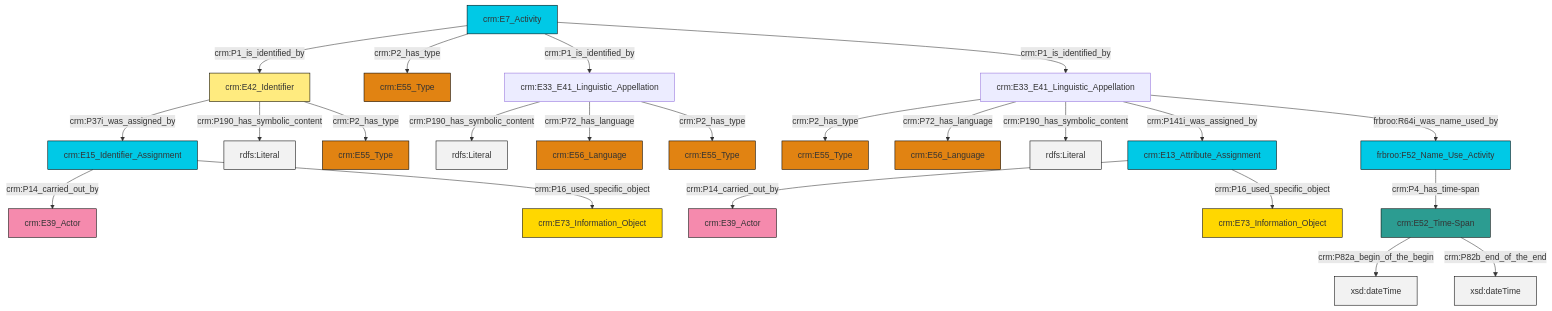
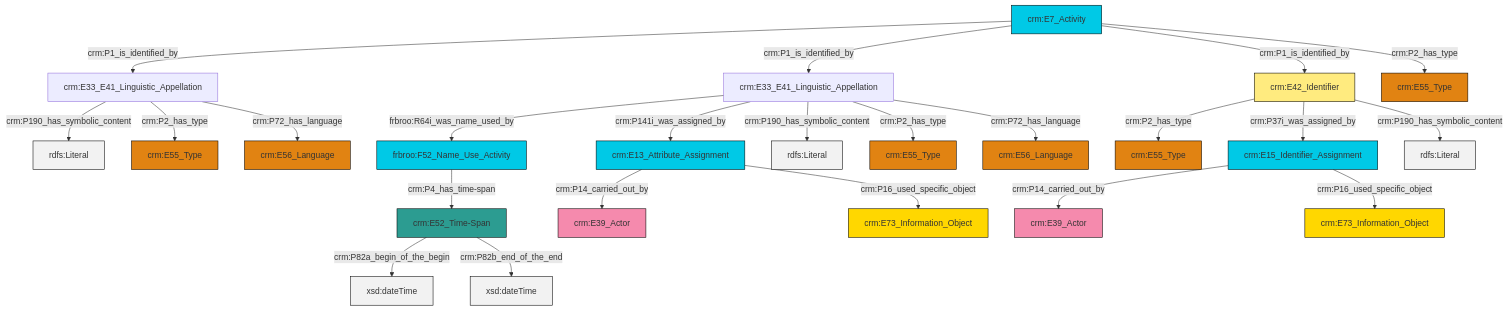
The diagram in et/eventCSV/ttl/mmd/event_name.ttl.mmd (swiss-art-research-net/reference-data-models), drawn with Mermaid before and after one commit. The commit also changed 123 other files, not shown here.

```diff
--- a/et/eventCSV/ttl/mmd/event_name.ttl.mmd
+++ b/et/eventCSV/ttl/mmd/event_name.ttl.mmd
@@ -1,37 +1,37 @@
 graph TD
 classDef Literal fill:#f2f2f2,stroke:#000000;
 classDef CRM_Entity fill:#FFFFFF,stroke:#000000;
 classDef Temporal_Entity fill:#00C9E6, stroke:#000000;
 classDef Type fill:#E18312, stroke:#000000;
 classDef Time-Span fill:#2C9C91, stroke:#000000;
 classDef Appellation fill:#FFEB7F, stroke:#000000;
 classDef Place fill:#008836, stroke:#000000;
 classDef Persistent_Item fill:#B266B2, stroke:#000000;
 classDef Conceptual_Object fill:#FFD700, stroke:#000000;
 classDef Physical_Thing fill:#D2B48C, stroke:#000000;
 classDef Actor fill:#f58aad, stroke:#000000;
 classDef PC_Classes fill:#4ce600, stroke:#000000;
 classDef Multi fill:#cccccc,stroke:#000000;
 
-0["crm:E33_E41_Linguistic_Appellation"]:::Default -->|crm:P190_has_symbolic_content| 1[rdfs:Literal]:::Literal
-2["crm:E42_Identifier"]:::Appellation -->|crm:P37i_was_assigned_by| 3["crm:E15_Identifier_Assignment"]:::Temporal_Entity
-4["crm:E7_Activity"]:::Temporal_Entity -->|crm:P1_is_identified_by| 2["crm:E42_Identifier"]:::Appellation
-7["crm:E33_E41_Linguistic_Appellation"]:::Default -->|crm:P2_has_type| 8["crm:E55_Type"]:::Type
-7["crm:E33_E41_Linguistic_Appellation"]:::Default -->|crm:P72_has_language| 9["crm:E56_Language"]:::Type
-3["crm:E15_Identifier_Assignment"]:::Temporal_Entity -->|crm:P14_carried_out_by| 18["crm:E39_Actor"]:::Actor
-22["frbroo:F52_Name_Use_Activity"]:::Temporal_Entity -->|crm:P4_has_time-span| 5["crm:E52_Time-Span"]:::Time-Span
-3["crm:E15_Identifier_Assignment"]:::Temporal_Entity -->|crm:P16_used_specific_object| 25["crm:E73_Information_Object"]:::Conceptual_Object
-5["crm:E52_Time-Span"]:::Time-Span -->|crm:P82a_begin_of_the_begin| 26[xsd:dateTime]:::Literal
-7["crm:E33_E41_Linguistic_Appellation"]:::Default -->|crm:P190_has_symbolic_content| 27[rdfs:Literal]:::Literal
-16["crm:E13_Attribute_Assignment"]:::Temporal_Entity -->|crm:P14_carried_out_by| 29["crm:E39_Actor"]:::Actor
-0["crm:E33_E41_Linguistic_Appellation"]:::Default -->|crm:P72_has_language| 14["crm:E56_Language"]:::Type
-7["crm:E33_E41_Linguistic_Appellation"]:::Default -->|crm:P141i_was_assigned_by| 16["crm:E13_Attribute_Assignment"]:::Temporal_Entity
-2["crm:E42_Identifier"]:::Appellation -->|crm:P190_has_symbolic_content| 36[rdfs:Literal]:::Literal
-16["crm:E13_Attribute_Assignment"]:::Temporal_Entity -->|crm:P16_used_specific_object| 19["crm:E73_Information_Object"]:::Conceptual_Object
-7["crm:E33_E41_Linguistic_Appellation"]:::Default -->|frbroo:R64i_was_name_used_by| 22["frbroo:F52_Name_Use_Activity"]:::Temporal_Entity
-4["crm:E7_Activity"]:::Temporal_Entity -->|crm:P2_has_type| 23["crm:E55_Type"]:::Type
-2["crm:E42_Identifier"]:::Appellation -->|crm:P2_has_type| 39["crm:E55_Type"]:::Type
-0["crm:E33_E41_Linguistic_Appellation"]:::Default -->|crm:P2_has_type| 33["crm:E55_Type"]:::Type
-4["crm:E7_Activity"]:::Temporal_Entity -->|crm:P1_is_identified_by| 0["crm:E33_E41_Linguistic_Appellation"]:::Default
-4["crm:E7_Activity"]:::Temporal_Entity -->|crm:P1_is_identified_by| 7["crm:E33_E41_Linguistic_Appellation"]:::Default
-5["crm:E52_Time-Span"]:::Time-Span -->|crm:P82b_end_of_the_end| 41[xsd:dateTime]:::Literal
+0["crm:E33_E41_Linguistic_Appellation"]:::Default -->|frbroo:R64i_was_name_used_by| 1["frbroo:F52_Name_Use_Activity"]:::Temporal_Entity
+0["crm:E33_E41_Linguistic_Appellation"]:::Default -->|crm:P141i_was_assigned_by| 2["crm:E13_Attribute_Assignment"]:::Temporal_Entity
+3["crm:E42_Identifier"]:::Appellation -->|crm:P2_has_type| 4["crm:E55_Type"]:::Type
+2["crm:E13_Attribute_Assignment"]:::Temporal_Entity -->|crm:P14_carried_out_by| 5["crm:E39_Actor"]:::Actor
+6["crm:E33_E41_Linguistic_Appellation"]:::Default -->|crm:P190_has_symbolic_content| 7[rdfs:Literal]:::Literal
+1["frbroo:F52_Name_Use_Activity"]:::Temporal_Entity -->|crm:P4_has_time-span| 14["crm:E52_Time-Span"]:::Time-Span
+3["crm:E42_Identifier"]:::Appellation -->|crm:P37i_was_assigned_by| 15["crm:E15_Identifier_Assignment"]:::Temporal_Entity
+20["crm:E7_Activity"]:::Temporal_Entity -->|crm:P1_is_identified_by| 6["crm:E33_E41_Linguistic_Appellation"]:::Default
+20["crm:E7_Activity"]:::Temporal_Entity -->|crm:P1_is_identified_by| 0["crm:E33_E41_Linguistic_Appellation"]:::Default
+14["crm:E52_Time-Span"]:::Time-Span -->|crm:P82a_begin_of_the_begin| 24[xsd:dateTime]:::Literal
+15["crm:E15_Identifier_Assignment"]:::Temporal_Entity -->|crm:P14_carried_out_by| 25["crm:E39_Actor"]:::Actor
+6["crm:E33_E41_Linguistic_Appellation"]:::Default -->|crm:P2_has_type| 22["crm:E55_Type"]:::Type
+15["crm:E15_Identifier_Assignment"]:::Temporal_Entity -->|crm:P16_used_specific_object| 30["crm:E73_Information_Object"]:::Conceptual_Object
+6["crm:E33_E41_Linguistic_Appellation"]:::Default -->|crm:P72_has_language| 12["crm:E56_Language"]:::Type
+0["crm:E33_E41_Linguistic_Appellation"]:::Default -->|crm:P190_has_symbolic_content| 36[rdfs:Literal]:::Literal
+14["crm:E52_Time-Span"]:::Time-Span -->|crm:P82b_end_of_the_end| 38[xsd:dateTime]:::Literal
+3["crm:E42_Identifier"]:::Appellation -->|crm:P190_has_symbolic_content| 39[rdfs:Literal]:::Literal
+0["crm:E33_E41_Linguistic_Appellation"]:::Default -->|crm:P2_has_type| 28["crm:E55_Type"]:::Type
+2["crm:E13_Attribute_Assignment"]:::Temporal_Entity -->|crm:P16_used_specific_object| 34["crm:E73_Information_Object"]:::Conceptual_Object
+20["crm:E7_Activity"]:::Temporal_Entity -->|crm:P1_is_identified_by| 3["crm:E42_Identifier"]:::Appellation
+20["crm:E7_Activity"]:::Temporal_Entity -->|crm:P2_has_type| 9["crm:E55_Type"]:::Type
+0["crm:E33_E41_Linguistic_Appellation"]:::Default -->|crm:P72_has_language| 17["crm:E56_Language"]:::Type
```
